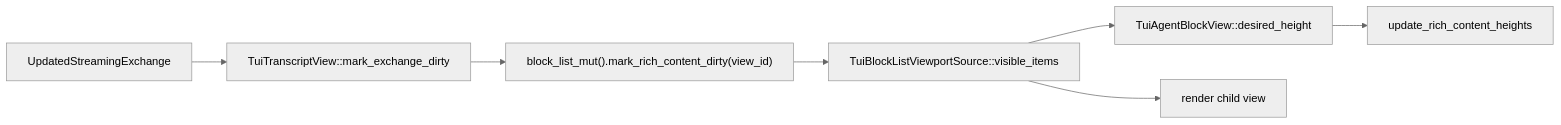
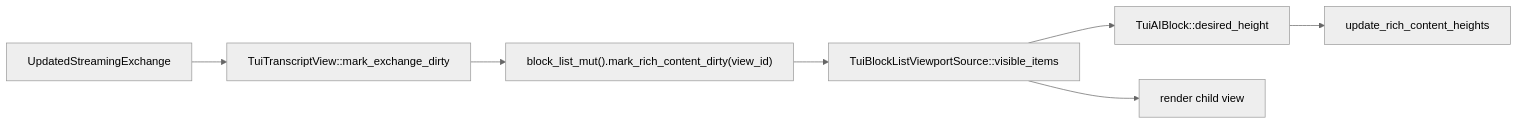
One commit to warpdotdev/warp changed the third of 4 diagrams in specs/tui-agent-tool-calls/TECH.md. Above: the diagram before and after it, drawn with Mermaid (neutral theme). The commit also changed other lines of this file and 4 other files, not shown here.

````diff
--- a/specs/tui-agent-tool-calls/TECH.md
+++ b/specs/tui-agent-tool-calls/TECH.md
@@ -81,9 +81,9 @@
 ```mermaid
 flowchart LR
   Event["UpdatedStreamingExchange"] --> Dirty["TuiTranscriptView::mark_exchange_dirty"]
   Dirty --> Mark["block_list_mut().mark_rich_content_dirty(view_id)"]
   Mark --> Source["TuiBlockListViewportSource::visible_items"]
-  Source --> Measure["TuiAgentBlockView::desired_height"]
+  Source --> Measure["TuiAIBlock::desired_height"]
   Measure --> Heights["update_rich_content_heights"]
   Source --> Render["render child view"]
 ```
````
